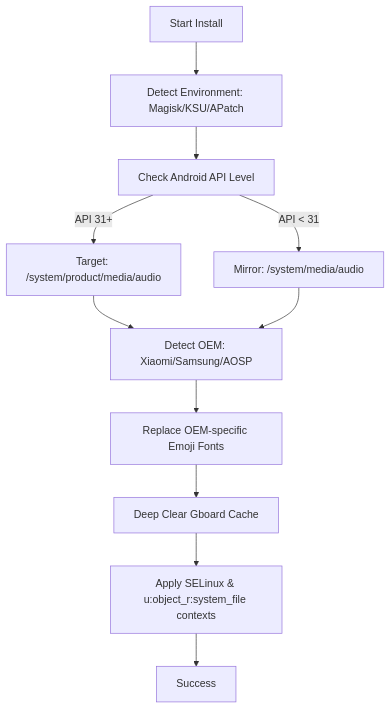
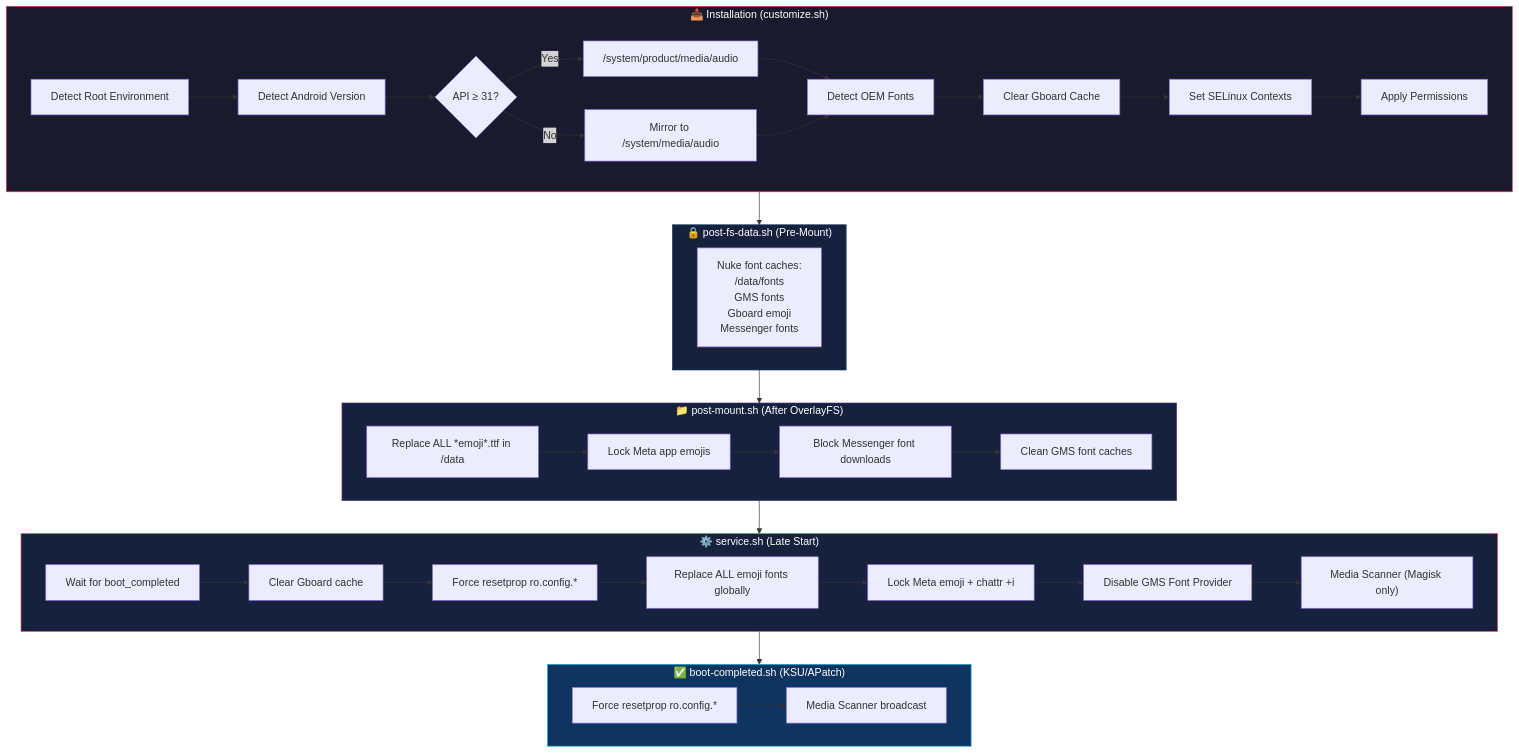
Before and after one commit to antoniomalheirs/Sound_And_Emoji_IOS: the first of 2 diagrams in README.md, drawn with Mermaid. The commit also changed other lines of this file, not shown here.

First line of the commit message:
Revise README for Sound & Emoji iOS module

````diff
--- a/README.md
+++ b/README.md
@@ -14,16 +223,48 @@
 ```mermaid
 graph TD
-    Start[Start Install] --> Env[Detect Environment: Magisk/KSU/APatch]
-    Env --> AndroidAPI[Check Android API Level]
-    
-    AndroidAPI -- API 31+ --> ProdPath[Target: /system/product/media/audio]
-    AndroidAPI -- API < 31 --> LegacyPath[Mirror: /system/media/audio]
-    
-    ProdPath --> OEM[Detect OEM: Xiaomi/Samsung/AOSP]
-    LegacyPath --> OEM
-    
-    OEM --> FontRepl[Replace OEM-specific Emoji Fonts]
-    FontRepl --> Gboard[Deep Clear Gboard Cache]
-    Gboard --> Permissions[Apply SELinux & u:object_r:system_file contexts]
-    Permissions --> End[Success]
+    subgraph INSTALL["📥 Installation (customize.sh)"]
+        I1[Detect Root Environment] --> I2[Detect Android Version]
+        I2 --> I3{API ≥ 31?}
+        I3 -- Yes --> I4["/system/product/media/audio"]
+        I3 -- No --> I5["Mirror to /system/media/audio"]
+        I4 --> I6[Detect OEM Fonts]
+        I5 --> I6
+        I6 --> I7[Clear Gboard Cache]
+        I7 --> I8[Set SELinux Contexts]
+        I8 --> I9[Apply Permissions]
+    end
+
+    subgraph BOOT1["🔒 post-fs-data.sh (Pre-Mount)"]
+        B1["Nuke font caches:<br/>/data/fonts<br/>GMS fonts<br/>Gboard emoji<br/>Messenger fonts"]
+    end
+
+    subgraph BOOT2["📁 post-mount.sh (After OverlayFS)"]
+        B2[Replace ALL *emoji*.ttf in /data] --> B3[Lock Meta app emojis]
+        B3 --> B4[Block Messenger font downloads]
+        B4 --> B5[Clean GMS font caches]
+    end
+
+    subgraph BOOT3["⚙️ service.sh (Late Start)"]
+        B6[Wait for boot_completed] --> B7[Clear Gboard cache]
+        B7 --> B8["Force resetprop ro.config.*"]
+        B8 --> B9[Replace ALL emoji fonts globally]
+        B9 --> B10[Lock Meta emoji + chattr +i]
+        B10 --> B11[Disable GMS Font Provider]
+        B11 --> B12["Media Scanner (Magisk only)"]
+    end
+
+    subgraph BOOT4["✅ boot-completed.sh (KSU/APatch)"]
+        B13["Force resetprop ro.config.*"] --> B14[Media Scanner broadcast]
+    end
+
+    INSTALL --> BOOT1
+    BOOT1 --> BOOT2
+    BOOT2 --> BOOT3
+    BOOT3 --> BOOT4
+
+    style INSTALL fill:#1a1a2e,stroke:#e94560,color:#fff
+    style BOOT1 fill:#16213e,stroke:#0f3460,color:#fff
+    style BOOT2 fill:#16213e,stroke:#533483,color:#fff
+    style BOOT3 fill:#16213e,stroke:#e94560,color:#fff
+    style BOOT4 fill:#0f3460,stroke:#00b4d8,color:#fff
 ```
````
